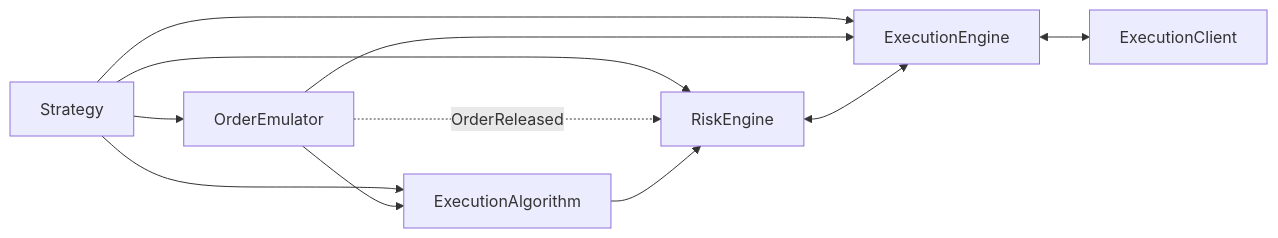
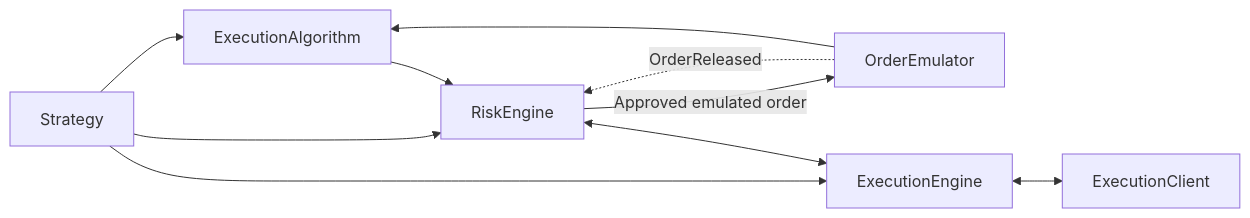
Before and after one commit to nautechsystems/nautilus_trader: the first of 2 diagrams in docs/concepts/execution/index.md, drawn with Mermaid. The commit also changed other lines of this file and 5 other files, not shown here.

Commit message:
Restore emulated order risk routing

````diff
--- a/docs/concepts/execution/index.md
+++ b/docs/concepts/execution/index.md
@@ -68,20 +70,19 @@
 ```mermaid
 flowchart LR
     strategy[Strategy]
     emulator[OrderEmulator]
     algo[ExecutionAlgorithm]
     risk[RiskEngine]
     engine[ExecutionEngine]
     client[ExecutionClient]
 
-    strategy --> emulator
     strategy --> algo
     strategy --> risk
     strategy --> engine
+    risk -->|Approved emulated order| emulator
     emulator -. OrderReleased .-> risk
     emulator --> algo
-    emulator --> engine
     algo --> risk
     risk <--> engine
     engine <--> client
 ```
````
